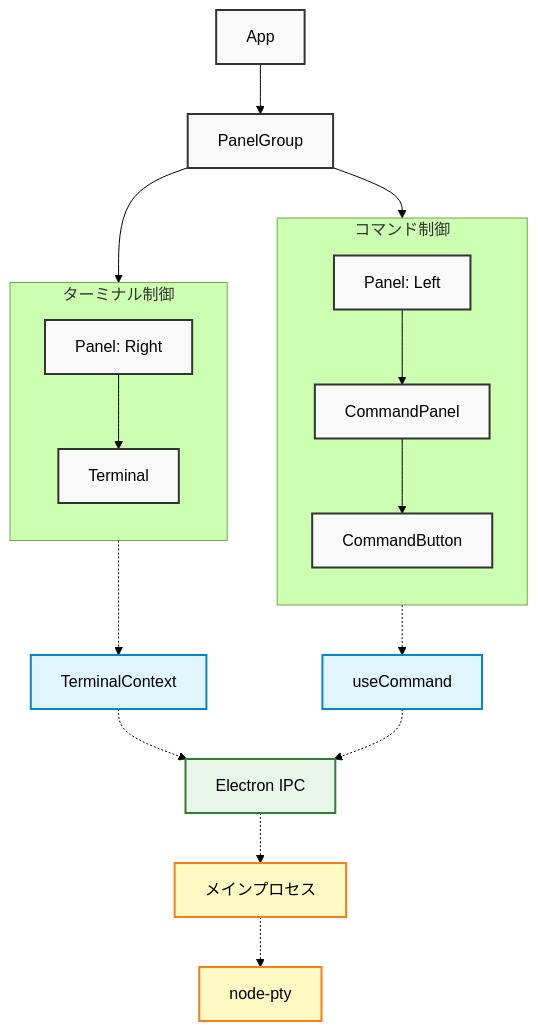
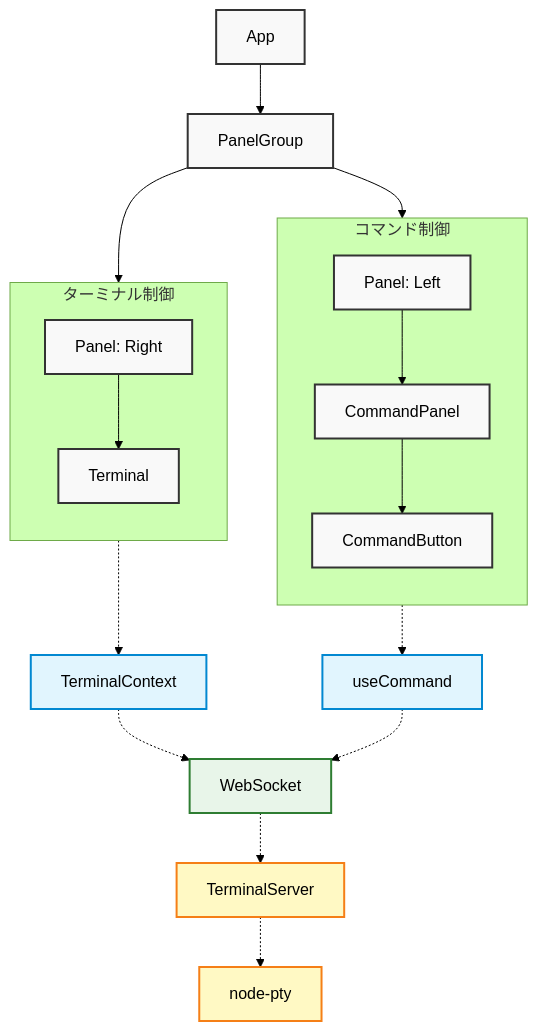
Before and after one commit to yuki-matsu783/ExecDock: the first of 3 diagrams in DEVELOPMENT.md, drawn with Mermaid (forest theme). The commit also changed other lines of this file and 1 other file, not shown here.

````diff
--- a/DEVELOPMENT.md
+++ b/DEVELOPMENT.md
@@ -49,44 +48,44 @@
 ```mermaid
 graph TB
     A[App] --> B[PanelGroup]
 
     %% 左右の配置を明確にする
     subgraph 左パネル[コマンド制御]
         direction TB
         C[Panel: Left]
         E[CommandPanel]
         F[CommandButton]
         C --> E
         E --> F
     end
 
     subgraph 右パネル[ターミナル制御]
         direction TB
         D[Panel: Right]
         G[Terminal]
         D --> G
     end
 
     %% パネルグループの配置
     B --> C
     B --> D
 
     %% コンテキストと通信
     G -.-> H[TerminalContext]
     F -.-> I[useCommand]
-    H -.-> J[Electron IPC]
+    H -.-> J[WebSocket]
     I -.-> J
     
-    %% Electronプロセス
-    J -.-> K[メインプロセス]
+    %% サーバープロセス
+    J -.-> K[TerminalServer]
     K -.-> L[node-pty]
 
     %% スタイリング
     classDef default fill:#f9f9f9,stroke:#333,stroke-width:2px;
     classDef context fill:#e1f5fe,stroke:#0288d1,stroke-width:2px;
-    classDef ipc fill:#e8f5e9,stroke:#2e7d32,stroke-width:2px;
-    classDef electron fill:#fff9c4,stroke:#f57f17,stroke-width:2px;
+    classDef websocket fill:#e8f5e9,stroke:#2e7d32,stroke-width:2px;
+    classDef server fill:#fff9c4,stroke:#f57f17,stroke-width:2px;
     class H,I context;
-    class J ipc;
-    class K,L electron;
+    class J websocket;
+    class K,L server;
 ```
````
